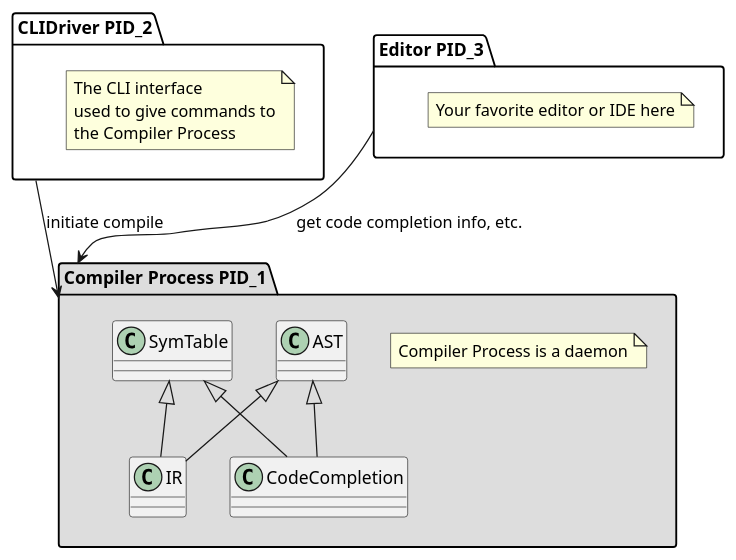
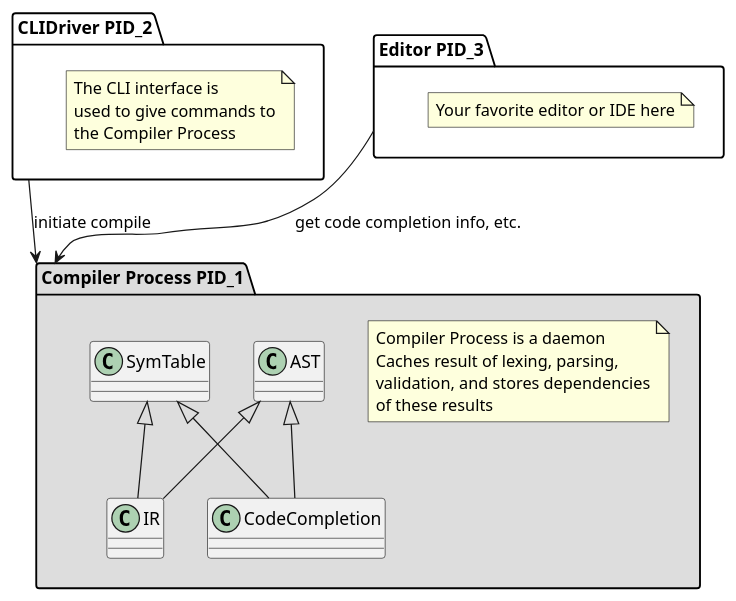
Before and after one commit to burner/allspreadsheetsmustdie: the diagram in rearch.plantuml, drawn with PlantUML. The commit also changed 4 other files, not shown here.

```diff
--- a/rearch.plantuml
+++ b/rearch.plantuml
@@ -1,26 +1,26 @@
 @startuml
 
+package "CLIDriver PID_2" {
+	note "The CLI interface is\nused to give commands to\nthe Compiler Process" as C
+}
+
 package "Compiler Process PID_1" #DDDDDD {
-	note "Compiler Process is a daemon" as N
+	note "Compiler Process is a daemon\nCaches result of lexing, parsing,\nvalidation, and stores dependencies\nof these results" as N
 	class AST
 	class IR
 	class SymTable
 	class CodeCompletion
 	AST <|-- IR
 	SymTable <|-- IR
 	AST <|-- CodeCompletion
 	SymTable <|-- CodeCompletion
 }
 
-package "CLIDriver PID_2" {
-	note "The CLI interface\nused to give commands to\nthe Compiler Process" as C
-}
-
 package "Editor PID_3" {
 	note "Your favorite editor or IDE here" as E
 }
 
 "CLIDriver PID_2" --> "Compiler Process PID_1" : initiate compile
 "Editor PID_3" --> "Compiler Process PID_1": get code completion info, etc.
 
 @enduml
```
